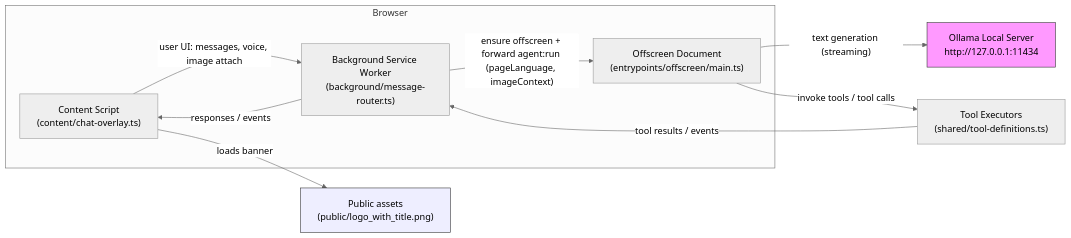
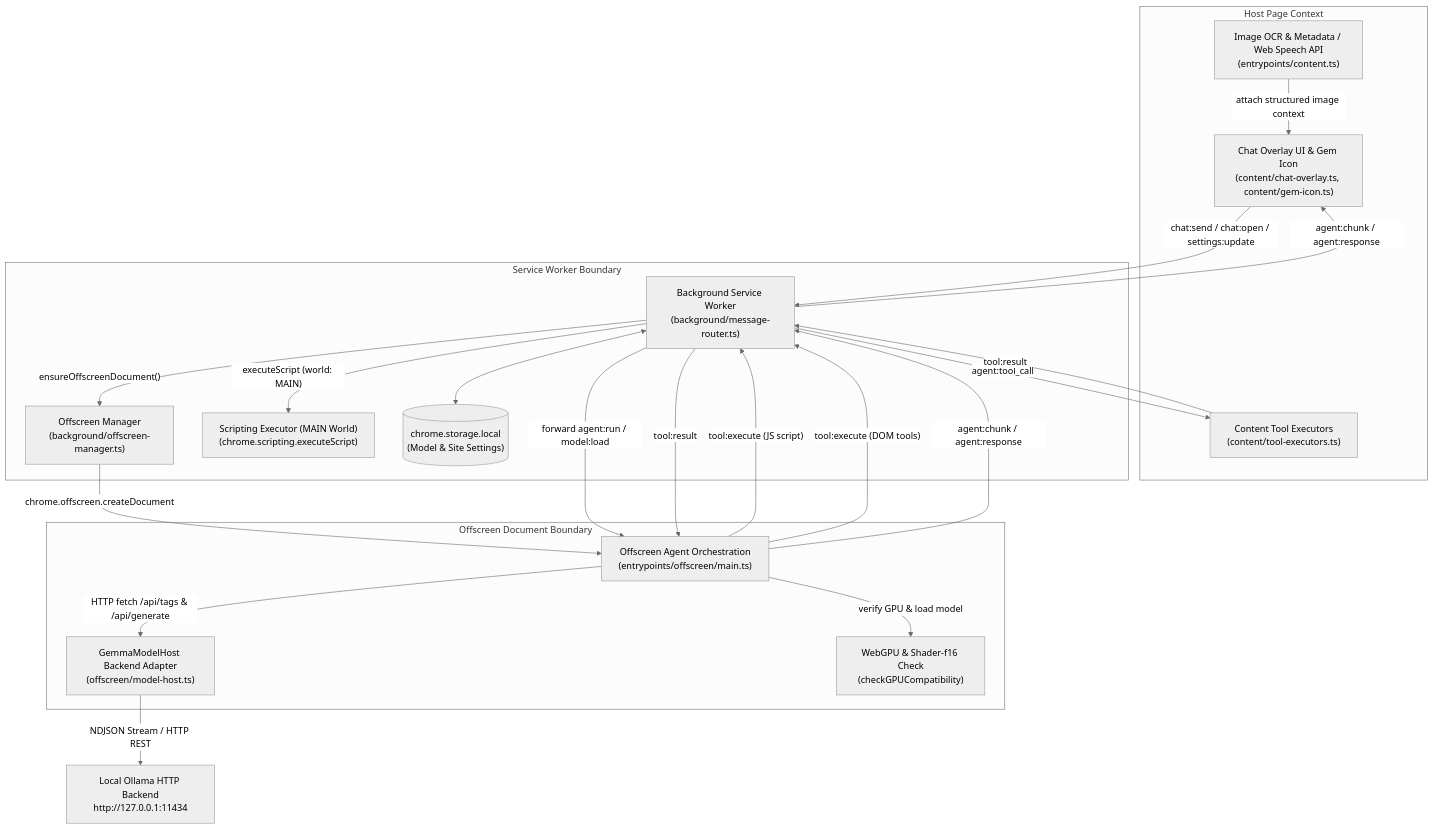
One commit to AnilKumt/contextual-browser-agent changed the first of 2 diagrams in README.md. Above: the diagram before and after it, drawn with Mermaid (neutral theme). The commit also changed other lines of this file and 1 other file, not shown here.

````diff
--- a/README.md
+++ b/README.md
@@ -5,22 +44,41 @@
 ```mermaid
-flowchart LR
-  subgraph Browser
-    CS["Content Script\n(content/chat-overlay.ts)"]
+flowchart TB
+  subgraph Host Page Context
+    UI["Chat Overlay UI & Gem Icon\n(content/chat-overlay.ts, content/gem-icon.ts)"]
+    EXEC["Content Tool Executors\n(content/tool-executors.ts)"]
+    MEDIA["Image OCR & Metadata / Web Speech API\n(entrypoints/content.ts)"]
+  end
+
+  subgraph Service Worker Boundary
     BG["Background Service Worker\n(background/message-router.ts)"]
-    OFF["Offscreen Document\n(entrypoints/offscreen/main.ts)"]
+    OFF_MGR["Offscreen Manager\n(background/offscreen-manager.ts)"]
+    JS_EVAL["Scripting Executor (MAIN World)\n(chrome.scripting.executeScript)"]
+    STORAGE[("chrome.storage.local\n(Model & Site Settings)")]
   end
-  OLLAMA["Ollama Local Server\nhttp://127.0.0.1:11434"]
-  TOOLS["Tool Executors\n(shared/tool-definitions.ts)"]
-  PUBLIC["Public assets\n(public/logo_with_title.png)"]
 
-  CS -- "user UI: messages, voice, image attach" --> BG
-  BG -- "ensure offscreen + forward agent:run (pageLanguage, imageContext)" --> OFF
-  OFF -- "text generation (streaming)" --> OLLAMA
-  OFF -- "invoke tools / tool calls" --> TOOLS
-  TOOLS -- "tool results / events" --> BG
-  BG -- "responses / events" --> CS
-  CS -- "loads banner" --> PUBLIC
+  subgraph Offscreen Document Boundary
+    OFF_MAIN["Offscreen Agent Orchestration\n(entrypoints/offscreen/main.ts)"]
+    HOST["GemmaModelHost Backend Adapter\n(offscreen/model-host.ts)"]
+    GPU_CHK["WebGPU & Shader-f16 Check\n(checkGPUCompatibility)"]
+  end
 
-  style OLLAMA fill:#f9f,stroke:#333,stroke-width:1px
-  style PUBLIC fill:#eef,stroke:#333,stroke-width:1px
+  OLLAMA["Local Ollama HTTP Backend\nhttp://127.0.0.1:11434"]
+
+  UI -- "chat:send / chat:open / settings:update" --> BG
+  MEDIA -- "attach structured image context" --> UI
+  BG -- "ensureOffscreenDocument()" --> OFF_MGR
+  OFF_MGR -- "chrome.offscreen.createDocument" --> OFF_MAIN
+  BG -- "forward agent:run / model:load" --> OFF_MAIN
+  OFF_MAIN -- "verify GPU & load model" --> GPU_CHK
+  OFF_MAIN -- "HTTP fetch /api/tags & /api/generate" --> HOST
+  HOST -- "NDJSON Stream / HTTP REST" --> OLLAMA
+  OFF_MAIN -- "tool:execute (JS script)" --> BG
+  BG -- "executeScript (world: MAIN)" --> JS_EVAL
+  OFF_MAIN -- "tool:execute (DOM tools)" --> BG
+  BG -- "agent:tool_call" --> EXEC
+  EXEC -- "tool:result" --> BG
+  BG -- "tool:result" --> OFF_MAIN
+  OFF_MAIN -- "agent:chunk / agent:response" --> BG
+  BG -- "agent:chunk / agent:response" --> UI
+  BG <--> STORAGE
 ```
````
